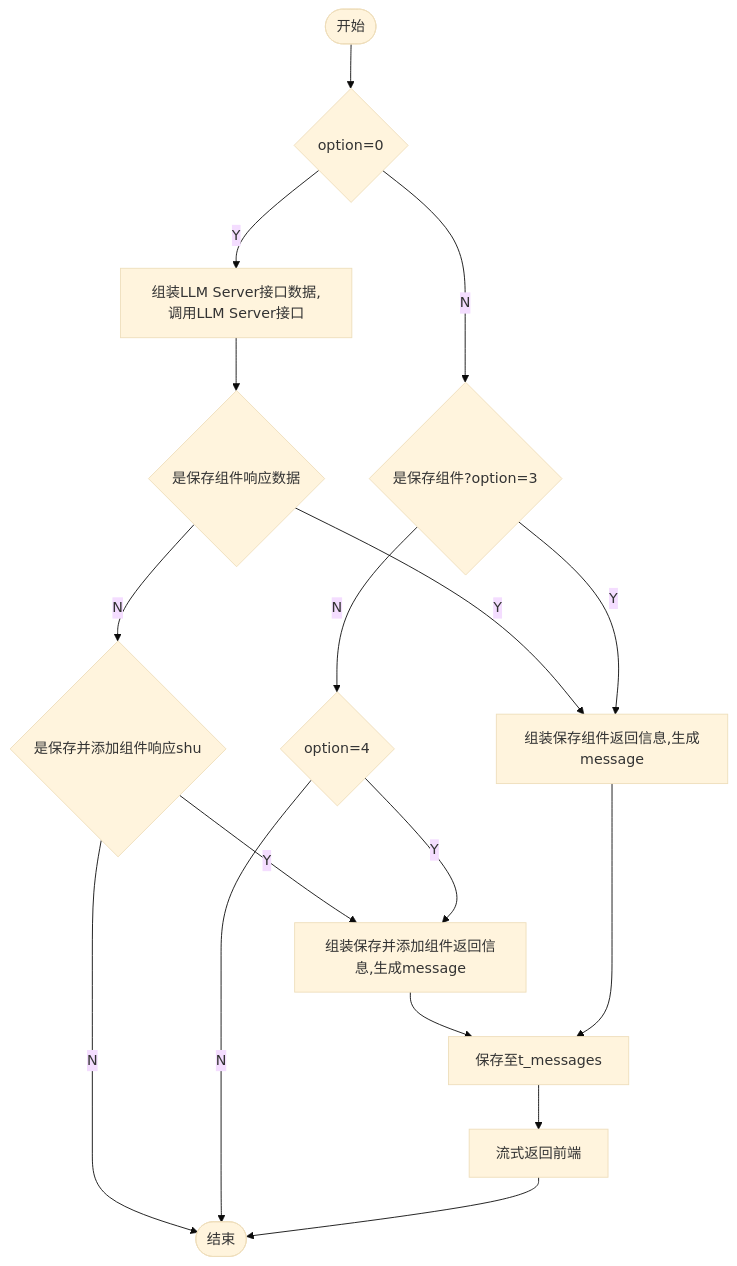
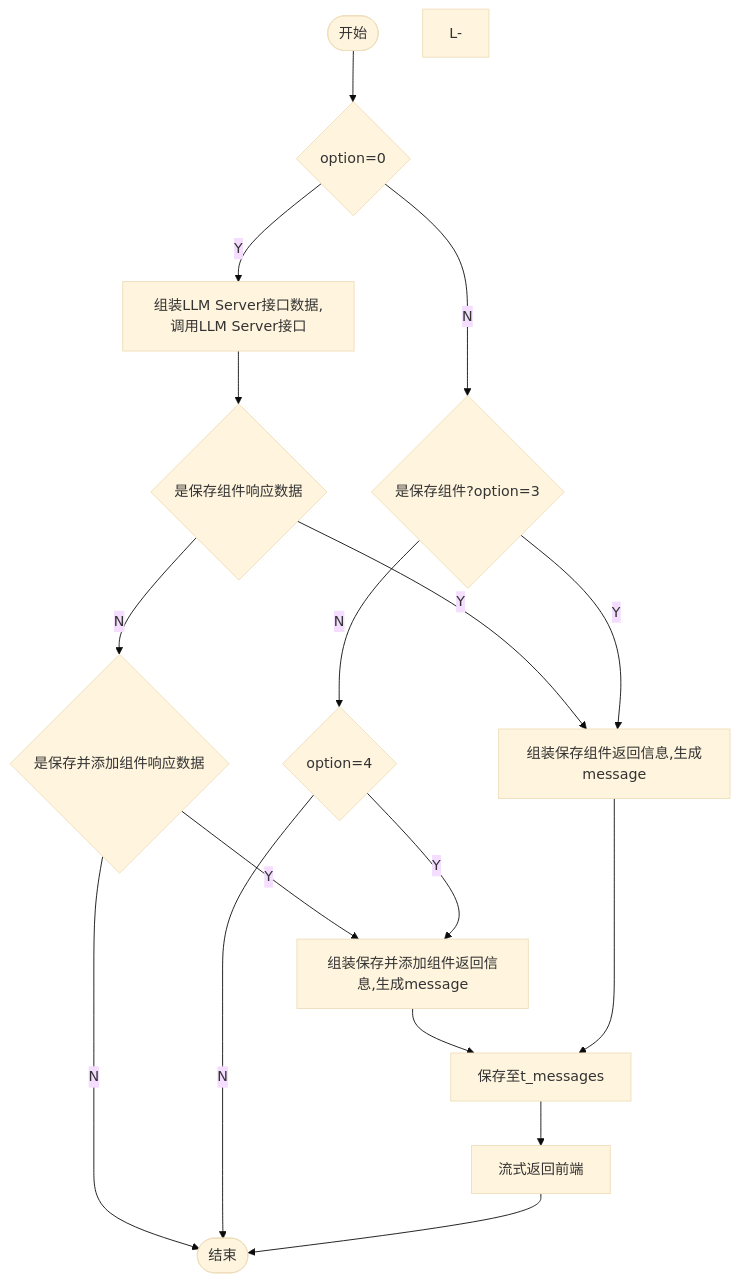
One commit to yingjianzh/iodraw-files changed the diagram in all/添加保存组件.md. Above: the diagram before and after it, drawn with Mermaid (base theme).

Commit message:
2024-10-14 13:41:40 update

````diff
--- a/all/添加保存组件.md
+++ b/all/添加保存组件.md
@@ -1,19 +1,20 @@
 ```mermaid
 flowchart TD
     A([开始]) --> B{option=0}
     B -- Y --> C[组装LLM Server接口数据,调用LLM Server接口]
     B -- N --> D{是保存组件?option=3}
     C --> E{是保存组件响应数据}
     E -- Y --> F[组装保存组件返回信息,生成message]
-    E -- N --> L{是保存并添加组件响应shu}
+    E -- N --> L{是保存并添加组件响应数据}
+    L-
     L -- Y --> K
     L -- N --> I
     D -- Y --> F
     D -- N --> J{option=4}
     J -- Y --> K[组装保存并添加组件返回信息,生成message]
     K --> G
     J -- N --> I
     F --> G[保存至t_messages]
     G --> H[流式返回前端]
     H --> I([结束])
 ```
````
